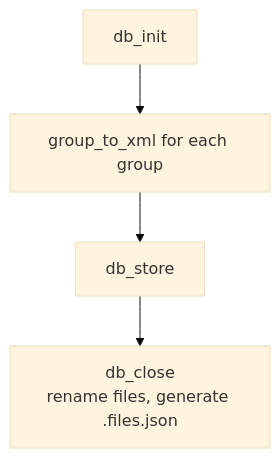
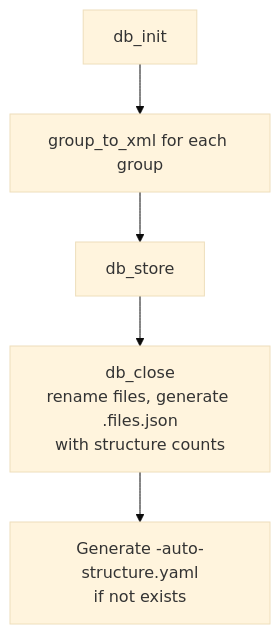
Before and after one commit to time-link/timelink-kleio: the sixth of 9 diagrams in .qoder/repowiki/en/content/Project Overview/Core Services/Translation Services.md, drawn with Mermaid (base theme). The commit also changed other lines of this file and 189 other files, not shown here.

````diff
--- a/.qoder/repowiki/en/content/Project Overview/Core Services/Translation Services.md
+++ b/.qoder/repowiki/en/content/Project Overview/Core Services/Translation Services.md
@@ -219,6 +243,7 @@
 ```mermaid
 flowchart TD
 L["db_init"] --> M["group_to_xml for each group"]
 M --> N["db_store"]
-N --> O["db_close<br/>rename files, generate .files.json"]
+N --> O["db_close<br/>rename files, generate .files.json<br/>with structure counts"]
+O --> P["Generate -auto-structure.yaml<br/>if not exists"]
 ```
````
